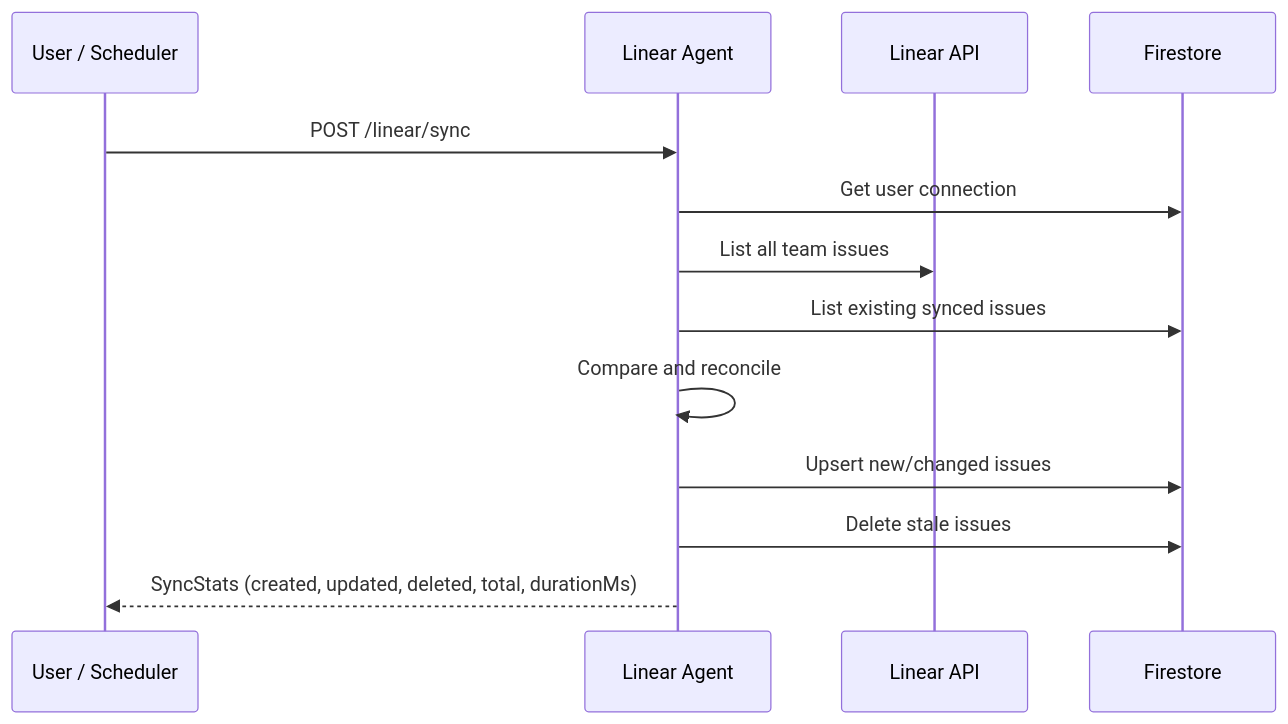
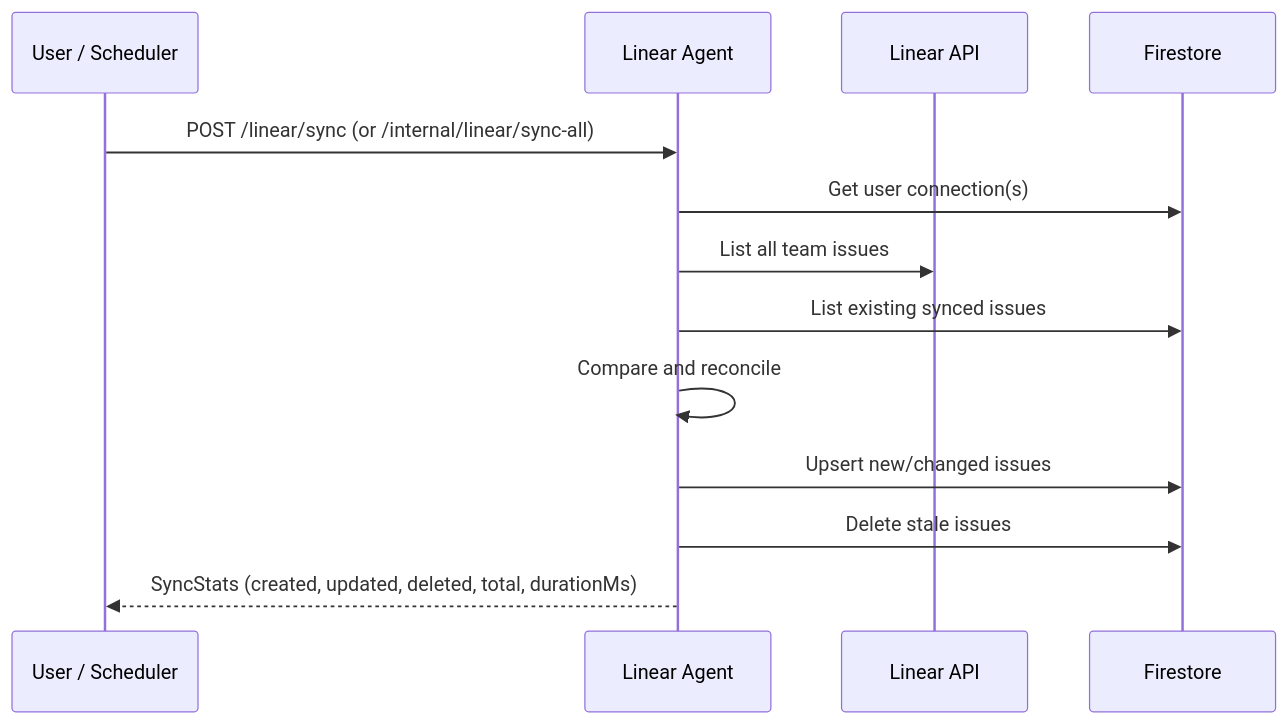
The fourth of 4 diagrams in docs/services/linear-agent/technical.md (pbuchman/intexuraos), drawn with Mermaid before and after one commit. The commit also changed other lines of this file and 147 other files, not shown here.

````diff
--- a/docs/services/linear-agent/technical.md
+++ b/docs/services/linear-agent/technical.md
@@ -153,16 +163,16 @@
 ```mermaid
 sequenceDiagram
     participant User as User / Scheduler
     participant LA as Linear Agent
     participant Linear as Linear API
     participant FS as Firestore
 
-    User->>LA: POST /linear/sync
-    LA->>FS: Get user connection
+    User->>LA: POST /linear/sync (or /internal/linear/sync-all)
+    LA->>FS: Get user connection(s)
     LA->>Linear: List all team issues
     LA->>FS: List existing synced issues
     LA->>LA: Compare and reconcile
     LA->>FS: Upsert new/changed issues
     LA->>FS: Delete stale issues
     LA-->>User: SyncStats (created, updated, deleted, total, durationMs)
 ```
````
